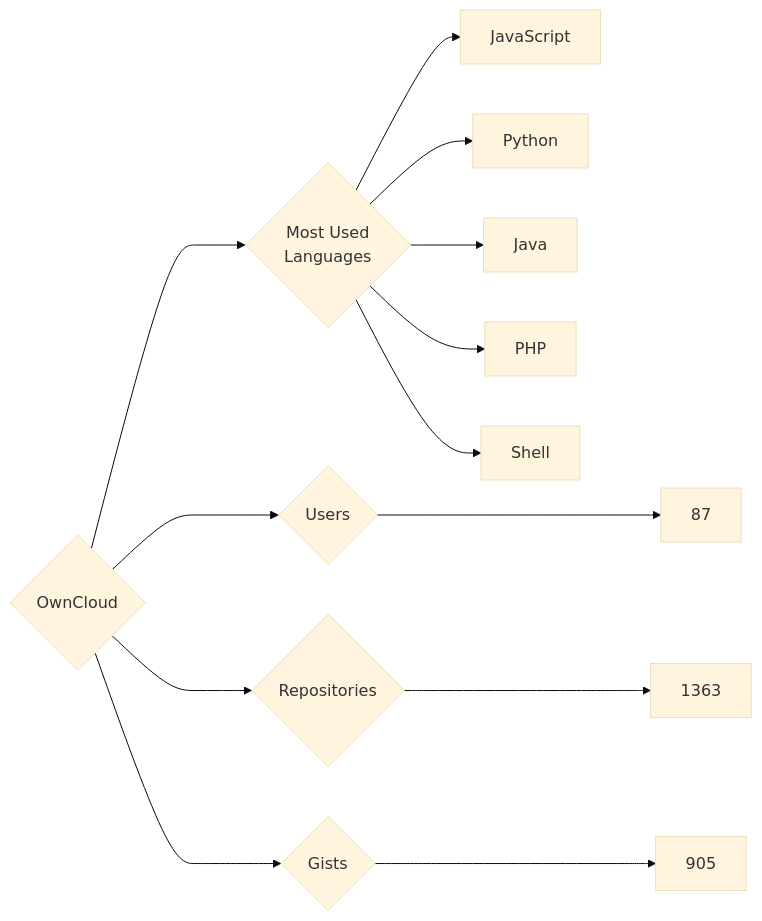
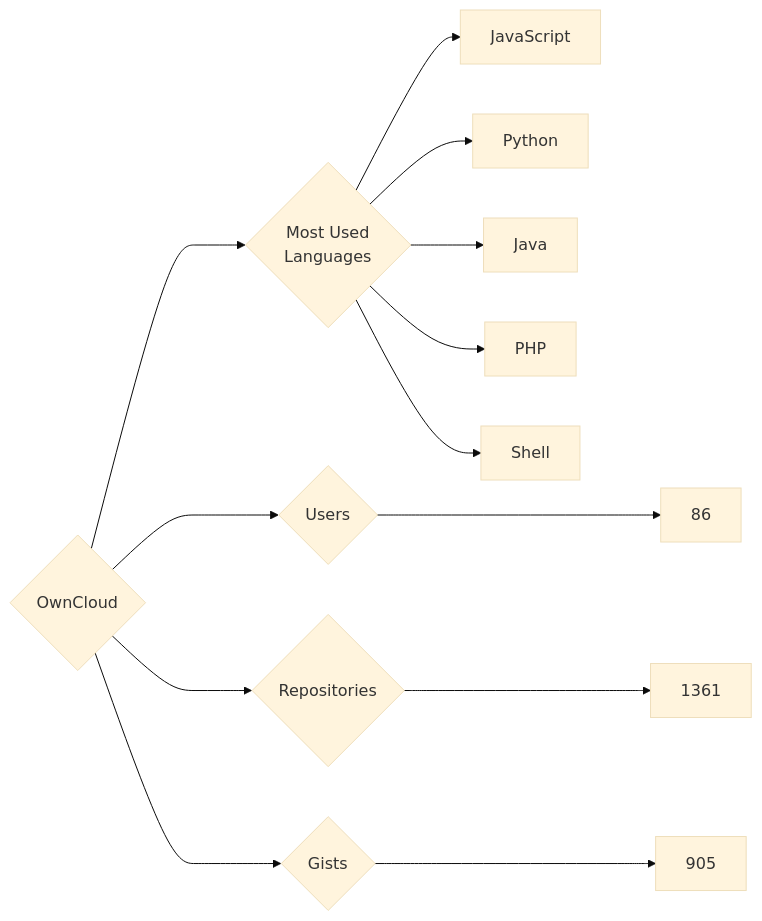
One commit to trickest/insiders changed the diagram in targets/OwnCloud/README.md. Above: the diagram before and after it, drawn with Mermaid (base theme). The commit also changed 878 other files, not shown here.

````diff
--- a/targets/OwnCloud/README.md
+++ b/targets/OwnCloud/README.md
@@ -3,13 +3,13 @@
 ```mermaid
 graph LR
 COMPANY_NAME{OwnCloud}
-COMPANY_NAME ---> U{Users} ---> UN[87]
-COMPANY_NAME ---> R{Repositories} ---> RN[1363]
+COMPANY_NAME ---> U{Users} ---> UN[86]
+COMPANY_NAME ---> R{Repositories} ---> RN[1361]
 COMPANY_NAME ---> G{Gists} ---> GN[905]
 COMPANY_NAME ---> ML{Most Used<br>Languages}
 ML --> JavaScript[JavaScript]
 ML --> Python[Python]
 ML --> Java[Java]
 ML --> PHP[PHP]
 ML --> Shell[Shell]
 ```
````
